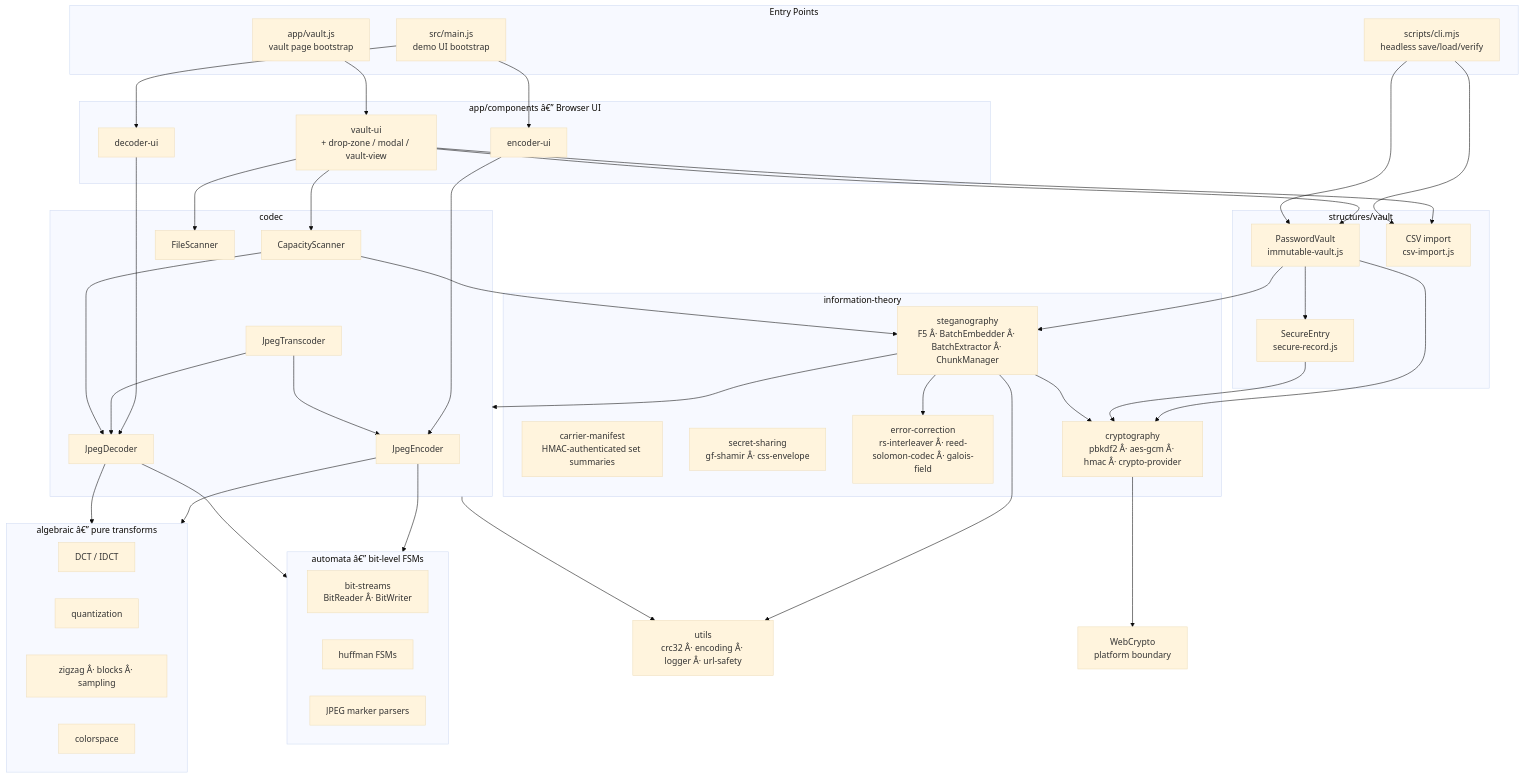
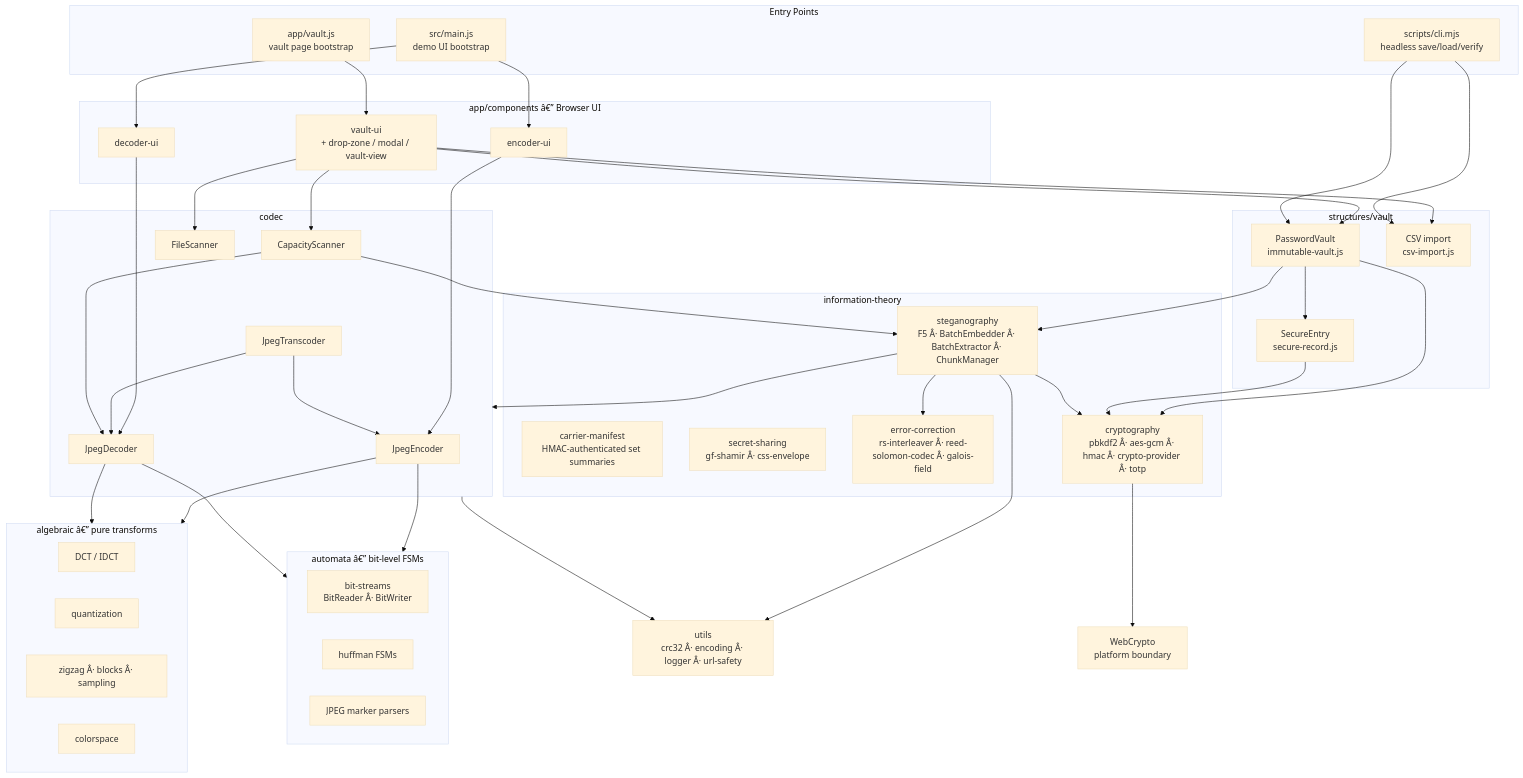
The first of 6 diagrams in src/specs/WIREFRAME.md (jessebeard/Ollie), drawn with Mermaid (base theme) before and after one commit. The commit also changed other lines of this file and 19 other files, not shown here.

```diff
--- a/src/specs/WIREFRAME.md
+++ b/src/specs/WIREFRAME.md
@@ -94,7 +94,7 @@
         MANIFEST["carrier-manifest<br/>HMAC-authenticated set summaries"]
         CSS["secret-sharing<br/>gf-shamir Â· css-envelope"]
         ECC["error-correction<br/>rs-interleaver Â· reed-solomon-codec Â· galois-field"]
-        CRYPTO["cryptography<br/>pbkdf2 Â· aes-gcm Â· hmac Â· crypto-provider"]
+        CRYPTO["cryptography<br/>pbkdf2 Â· aes-gcm Â· hmac Â· crypto-provider Â· totp"]
     end
 
     subgraph CODEC["codec"]
```
